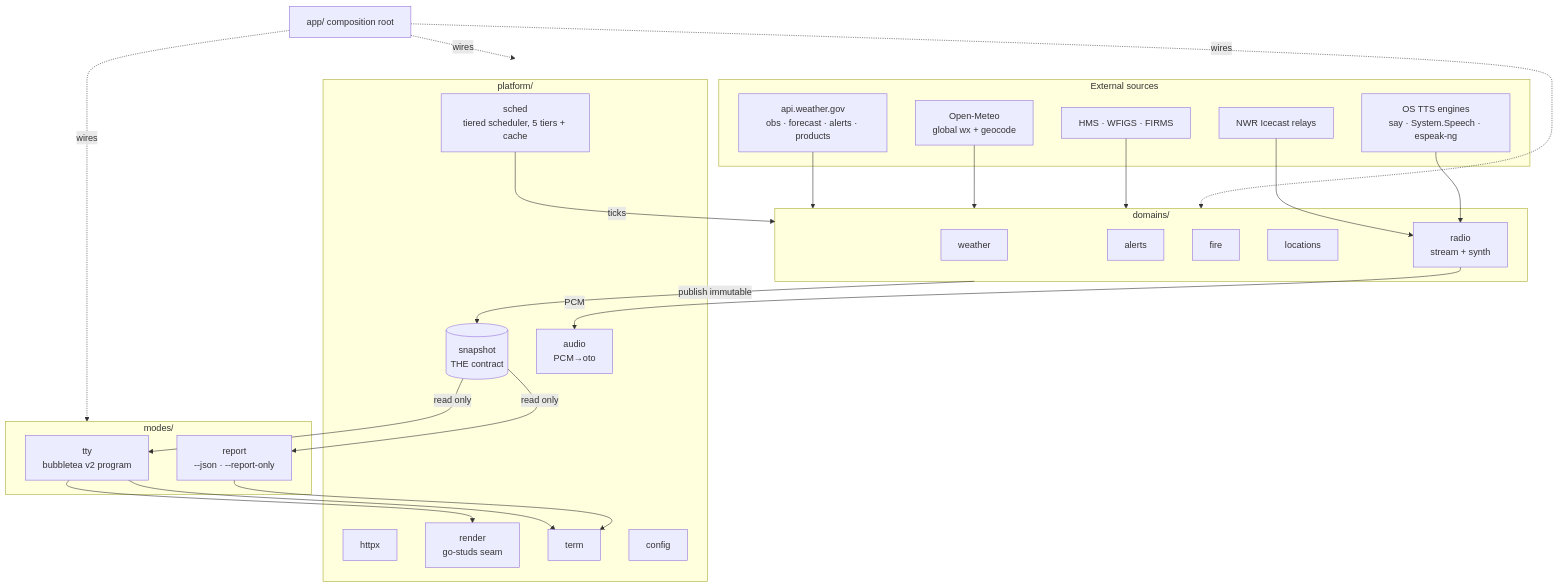
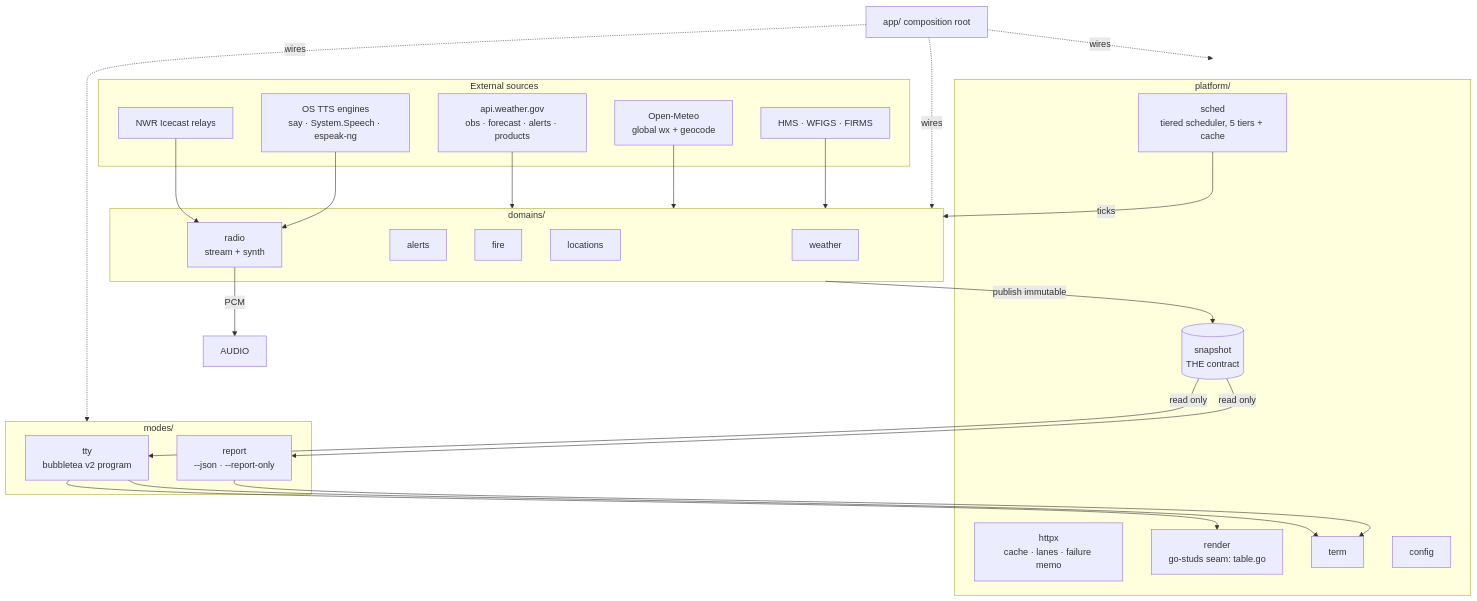
One commit to branden-thompson/watchpost changed the first of 3 diagrams in 06_docs/02_features/watchpost-cli/03-architecture-design/architecture.md. Above: the diagram before and after it, drawn with Mermaid. The commit also changed other lines of this file and 129 other files, not shown here.

````diff
--- a/06_docs/02_features/watchpost-cli/03-architecture-design/architecture.md
+++ b/06_docs/02_features/watchpost-cli/03-architecture-design/architecture.md
@@ -14,30 +14,30 @@
 ```mermaid
 graph TB
   subgraph external [External sources]
     NWS[api.weather.gov<br/>obs · forecast · alerts · products]
     OM[Open-Meteo<br/>global wx + geocode]
     FIRE[HMS · WFIGS · FIRMS]
     ICE[NWR Icecast relays]
     TTS[OS TTS engines<br/>say · System.Speech · espeak-ng]
   end
   subgraph domains [domains/]
     W[weather] ; A[alerts] ; F[fire] ; L[locations] ; R[radio<br/>stream + synth]
   end
   subgraph platform [platform/]
     SCHED[sched<br/>tiered scheduler, 5 tiers + cache]
     SNAP[(snapshot<br/>THE contract)]
-    HTTPX[httpx] ; AUDIO[audio<br/>PCM→oto] ; REND[render<br/>go-studs seam] ; TERM[term] ; CFG[config]
+    HTTPX[httpx<br/>cache · lanes · failure memo] ; REND[render<br/>go-studs seam: table.go] ; TERM[term] ; CFG[config]
   end
   subgraph modes [modes/]
     TTY[tty<br/>bubbletea v2 program]
     REP[report<br/>--json · --report-only]
   end
   NWS & OM & FIRE --> domains
   ICE --> R ; TTS --> R
   SCHED -->|ticks| domains
   domains -->|publish immutable| SNAP
   SNAP -->|read only| TTY & REP
   R -->|PCM| AUDIO
   TTY --> REND & TERM ; REP --> TERM
   APP[app/ composition root] -.wires.-> domains & modes & platform
 ```
````
